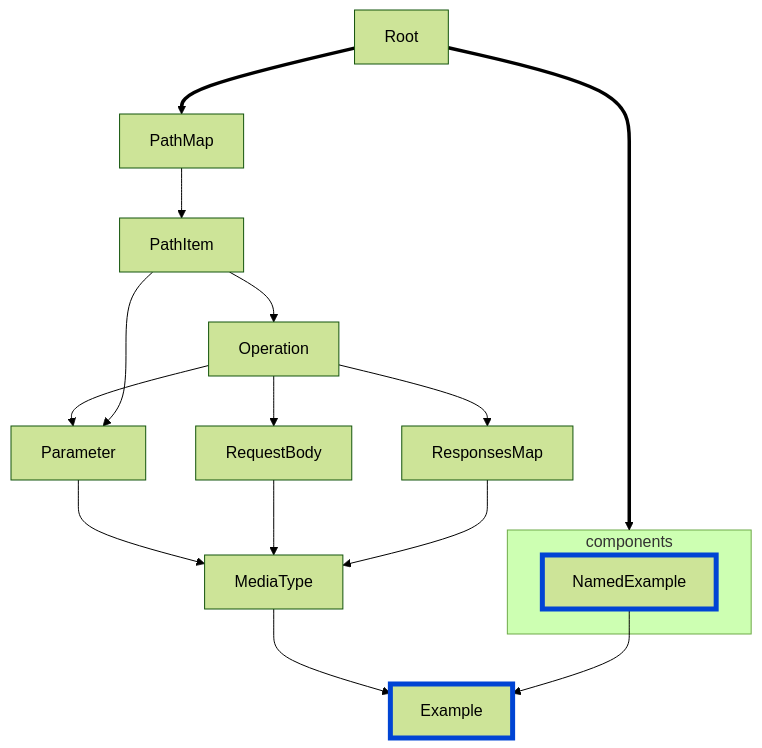
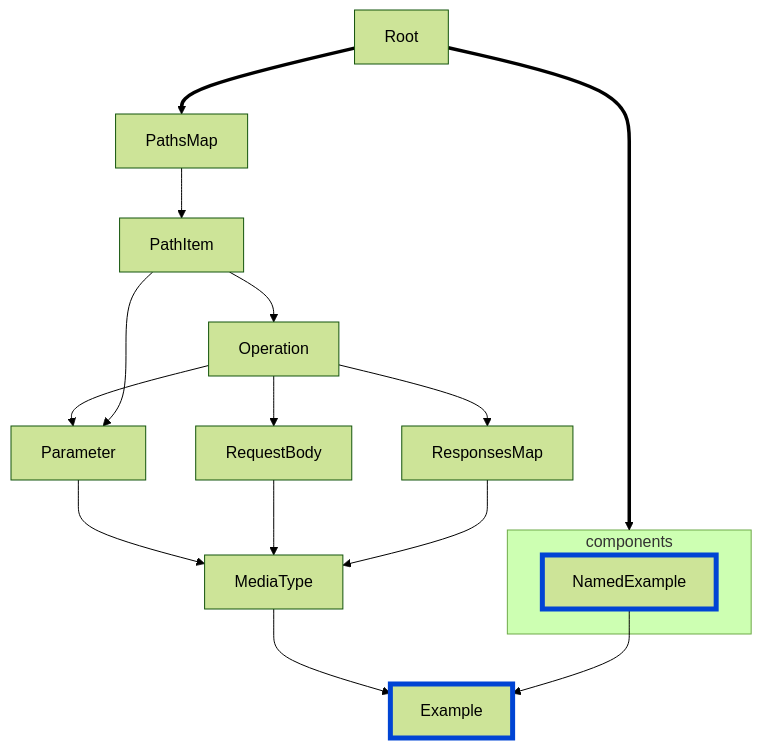
The diagram in docs/rules/no-example-value-and-externalValue.md (Redocly/redocly-cli), drawn with Mermaid (forest theme) before and after one commit. The commit also changed 32 other files, not shown here.

````diff
--- a/docs/rules/no-example-value-and-externalValue.md
+++ b/docs/rules/no-example-value-and-externalValue.md
@@ -11,18 +11,18 @@
 ```mermaid
 flowchart TD
 
-Root ==> PathMap --> PathItem --> Operation --> Parameter --> MediaType
+Root ==> PathsMap --> PathItem --> Operation --> Parameter --> MediaType
 PathItem --> Parameter
 Operation --> RequestBody --> MediaType --> Example
 Operation --> ResponsesMap --> MediaType
 NamedExample --> Example
 Root ==> components
 
 subgraph components
 NamedExample
 end
 
 style Example fill:#codaf9,stroke:#0044d4,stroke-width:5px
 style NamedExample fill:#codaf9,stroke:#0044d4,stroke-width:5px
 
 ```
````
